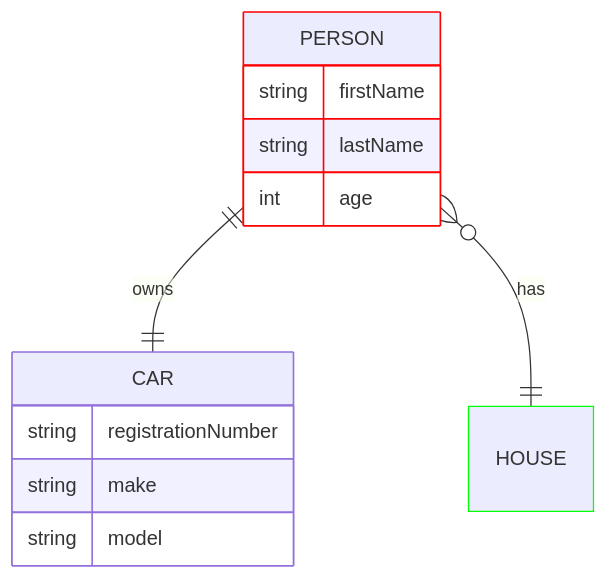
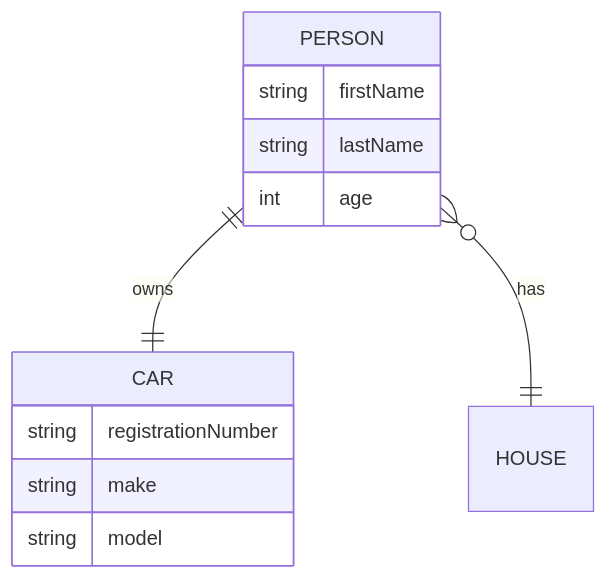
One commit to pedroporo/apuntesclase changed the first of 2 diagrams in 01 Apuntes/DAM/Proyecto intermodular 2 de Desarrollo de aplicaciones multiplataforma/Inicio.md. Above: the diagram before and after it, drawn with Mermaid.

Commit message:
vault backup: 2025-09-24 15:51:51

````diff
--- a/01 Apuntes/DAM/Proyecto intermodular 2 de Desarrollo de aplicaciones multiplataforma/Inicio.md
+++ b/01 Apuntes/DAM/Proyecto intermodular 2 de Desarrollo de aplicaciones multiplataforma/Inicio.md
@@ -5,35 +5,29 @@
 ```mermaid
 erDiagram
 
 CAR {
 
 string registrationNumber
 
 string make
 
 string model
 
 }
 
 PERSON {
 
 string firstName
 
 string lastName
 
 int age
 
 }
 
-PERSON:::foo ||--|| CAR : owns
+PERSON ||--|| CAR : owns
 
-PERSON o{--|| HOUSE:::bar : has
+PERSON o{--|| HOUSE : has
 
-  
 
-classDef foo stroke:#f00
-
-classDef bar stroke:#0f0
-
-classDef foobar stroke:#00f
 ```
````
